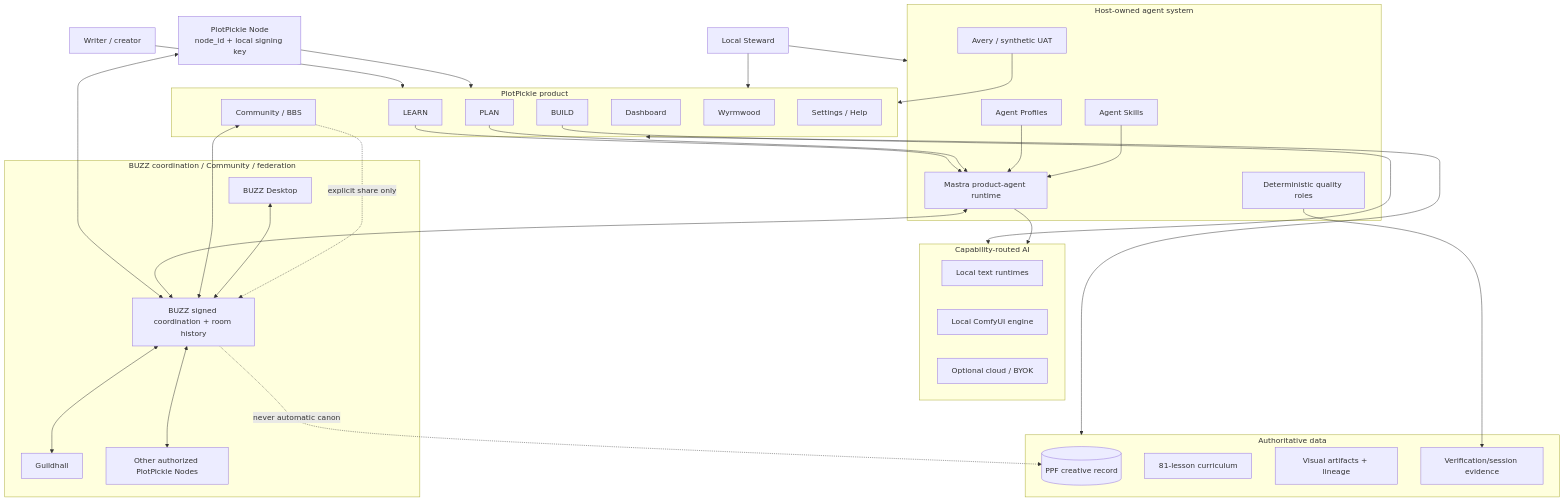
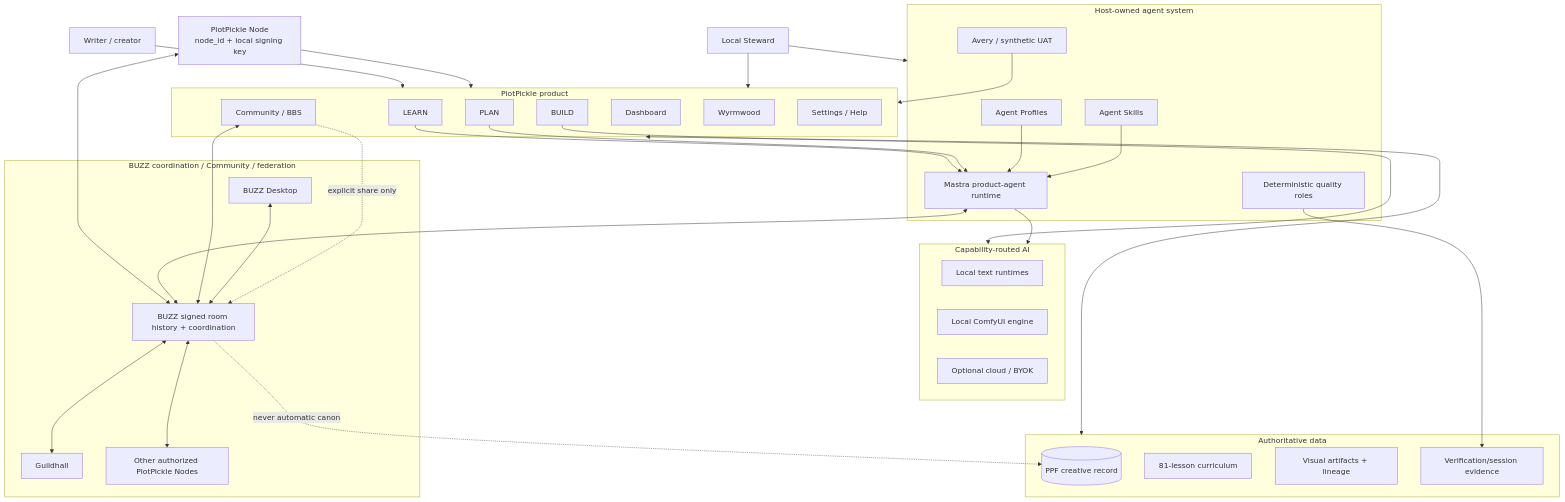
One commit to BryanHarrisScripts/PlotPickle changed the diagram in README.md. Above: the diagram before and after it, drawn with Mermaid. The commit also changed other lines of this file, not shown here.

Commit message:
test: preserve README BUZZ contract wording

````diff
--- a/README.md
+++ b/README.md
@@ -186,67 +186,67 @@
 ```mermaid
 flowchart TB
     Writer[Writer / creator]
     NodeIdentity[PlotPickle Node\nnode_id + local signing key]
     Steward[Local Steward]
 
     subgraph Product[PlotPickle product]
       Dashboard[Dashboard]
       Community[Community / BBS]
       Learn[LEARN]
       Plan[PLAN]
       Build[BUILD]
       Game[Wyrmwood]
       Settings[Settings / Help]
     end
 
     subgraph Agents[Host-owned agent system]
       Profiles[Agent Profiles]
       Skills[Agent Skills]
       Mastra[Mastra product-agent runtime]
       Avery[Avery / synthetic UAT]
       Gates[Deterministic quality roles]
     end
 
     subgraph AI[Capability-routed AI]
       LocalText[Local text runtimes]
       Comfy[Local ComfyUI engine]
       Cloud[Optional cloud / BYOK]
     end
 
     subgraph Authority[Authoritative data]
       PPF[(PPF creative record)]
       Curriculum[81-lesson curriculum]
       Assets[Visual artifacts + lineage]
       Evidence[Verification/session evidence]
     end
 
     subgraph Network[BUZZ coordination / Community / federation]
-      BUZZ[BUZZ signed coordination + room history]
+      BUZZ[BUZZ signed room history + coordination]
       Desktop[BUZZ Desktop]
       Guildhall[Guildhall]
       RemoteNode[Other authorized PlotPickle Nodes]
     end
 
     Writer --> Product
     NodeIdentity --> Product
     NodeIdentity <--> BUZZ
     Steward --> Product
     Steward --> Agents
     Product <--> Authority
     Learn --> Mastra
     Plan --> Mastra
     Build --> AI
     Profiles --> Mastra
     Skills --> Mastra
     Mastra --> AI
     Mastra <--> BUZZ
     Avery --> Product
     Gates --> Evidence
 
     Community <--> BUZZ
     Desktop <--> BUZZ
     BUZZ <--> Guildhall
     BUZZ <--> RemoteNode
     Community -. explicit share only .-> BUZZ
     BUZZ -. never automatic canon .-> PPF
 ```
````
